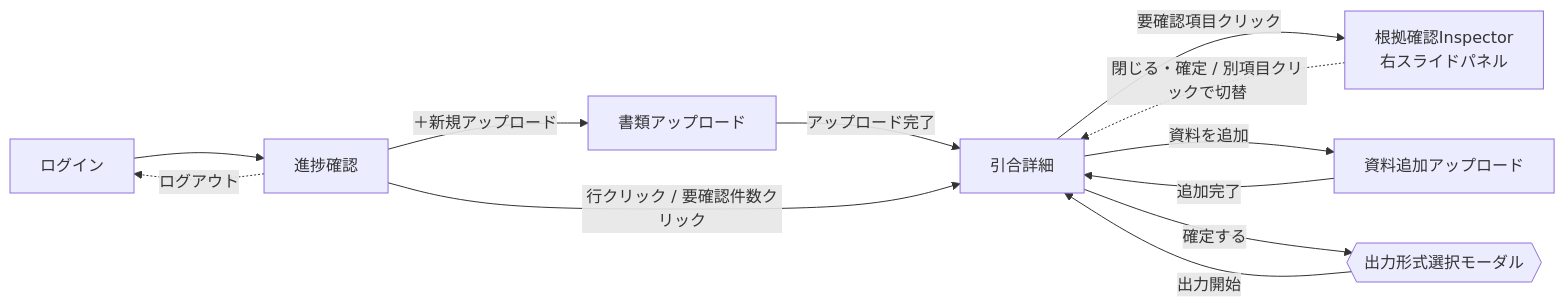
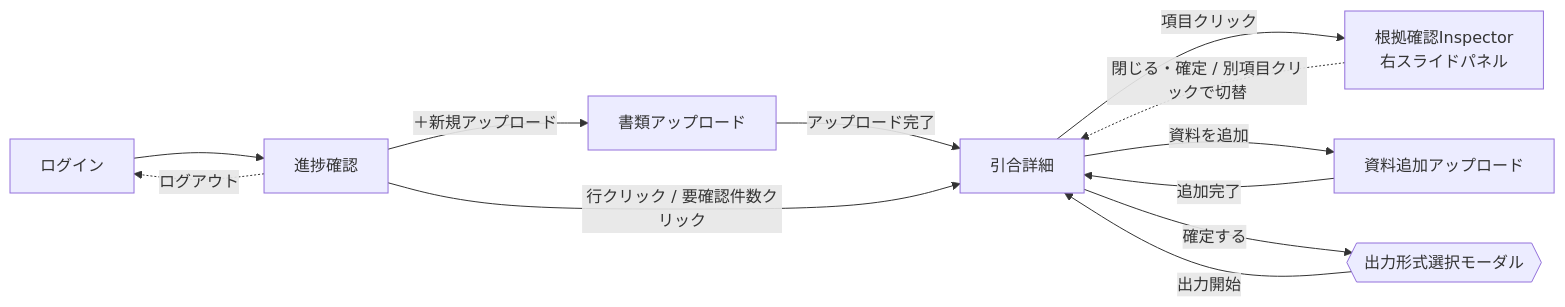
One commit to yama3n/sprint3-agent changed the diagram in docs/requirements/03-spec.md. Above: the diagram before and after it, drawn with Mermaid. The commit also changed other lines of this file and 1 other file, not shown here.

````diff
--- a/docs/requirements/03-spec.md
+++ b/docs/requirements/03-spec.md
@@ -29,14 +29,14 @@
 ```mermaid
 flowchart LR
     SCR-00[ログイン] --> SCR-01[進捗確認]
     SCR-01 -->|＋新規アップロード| SCR-02[書類アップロード]
     SCR-02 -->|アップロード完了| SCR-03[引合詳細]
     SCR-01 -->|行クリック / 要確認件数クリック| SCR-03
-    SCR-03 -->|要確認項目クリック| SCR-04[根拠確認Inspector<br>右スライドパネル]
+    SCR-03 -->|項目クリック| SCR-04[根拠確認Inspector<br>右スライドパネル]
     SCR-04 -.->|閉じる・確定 / 別項目クリックで切替| SCR-03
     SCR-03 -->|資料を追加| SCR-05[資料追加アップロード]
     SCR-05 -->|追加完了| SCR-03
     SCR-03 -->|確定する| SCR-03exp{{出力形式選択モーダル}}
     SCR-03exp -->|出力開始| SCR-03
     SCR-01 -.->|ログアウト| SCR-00
 ```
````
